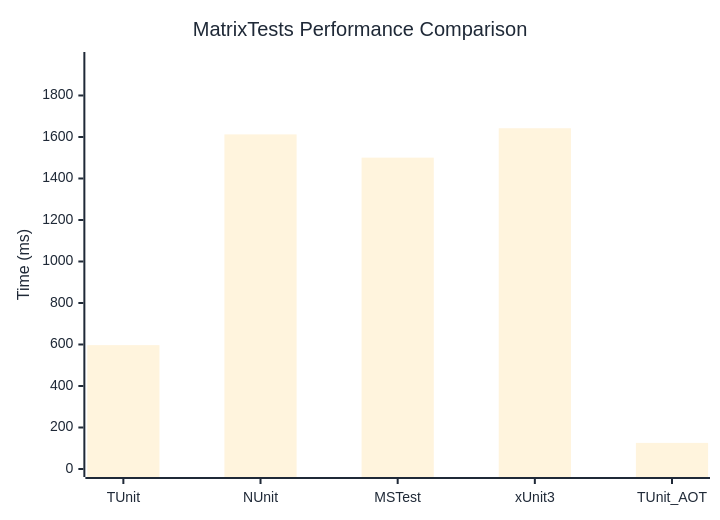
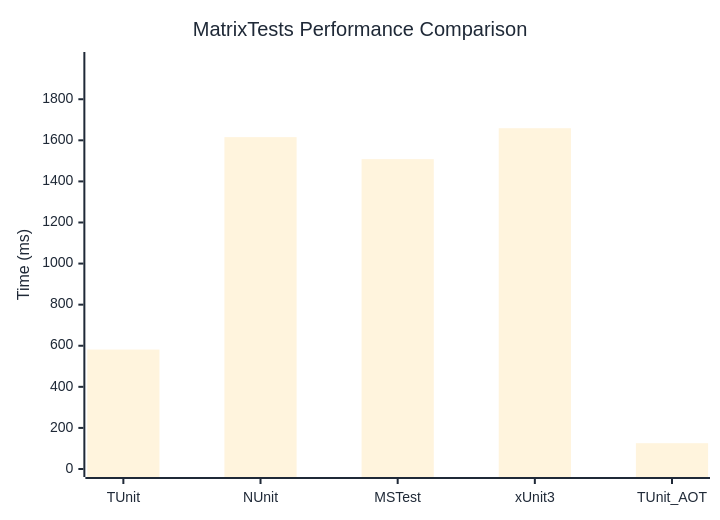
The diagram in docs/docs/benchmarks/MatrixTests.md (thomhurst/TUnit), drawn with Mermaid before and after one commit. The commit also changed other lines of this file and 17 other files, not shown here.

````diff
--- a/docs/docs/benchmarks/MatrixTests.md
+++ b/docs/docs/benchmarks/MatrixTests.md
@@ -27,37 +27,37 @@
 ```mermaid
 %%{init: {
   'theme':'base',
   'themeVariables': {
     'primaryColor': '#2563eb',
     'primaryTextColor': '#1f2937',
     'primaryBorderColor': '#1e40af',
     'lineColor': '#6b7280',
     'secondaryColor': '#7c3aed',
     'tertiaryColor': '#dc2626',
     'background': '#ffffff',
     'mainBkg': '#2563eb',
     'secondBkg': '#7c3aed',
     'tertiaryBkg': '#dc2626',
     'clusterBkg': '#f3f4f6',
     'edgeLabelBackground': '#ffffff',
     'tertiaryTextColor': '#1f2937',
     'pie1': '#2563eb',
     'pie2': '#7c3aed',
     'pie3': '#dc2626',
     'pie4': '#f59e0b',
     'pie5': '#10b981',
     'pie6': '#06b6d4',
     'pie7': '#ec4899',
     'pie8': '#6366f1',
     'pie9': '#84cc16',
     'pie10': '#f97316',
     'pie11': '#14b8a6',
     'pie12': '#a855f7'
   }
 }}%%
 xychart-beta
   title "MatrixTests Performance Comparison"
   x-axis ["TUnit", "NUnit", "MSTest", "xUnit3", "TUnit_AOT"]
-  y-axis "Time (ms)" 0 --> 1971
-  bar [596.9, 1612.5, 1500.4, 1642.1, 125.7]
+  y-axis "Time (ms)" 0 --> 1991
+  bar [581.4, 1615.5, 1508.4, 1658.9, 125.7]
 ```
````
